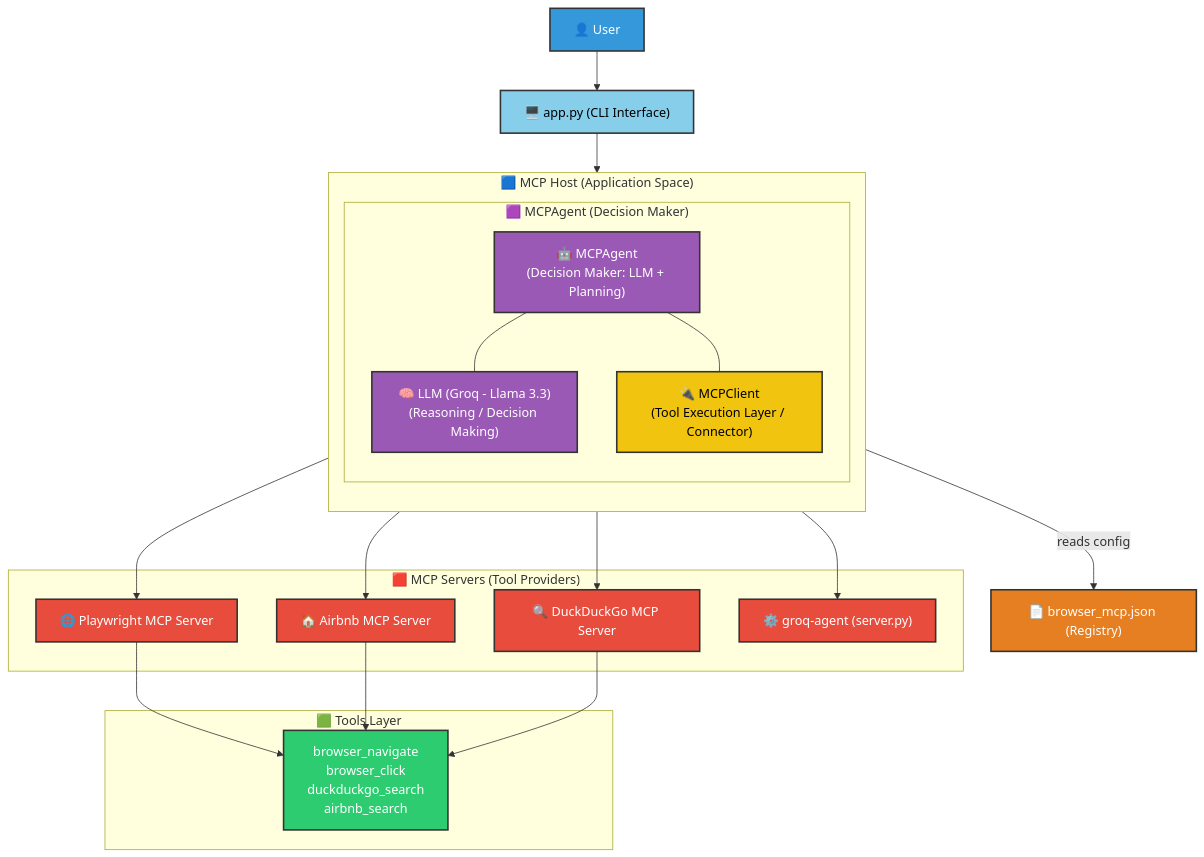
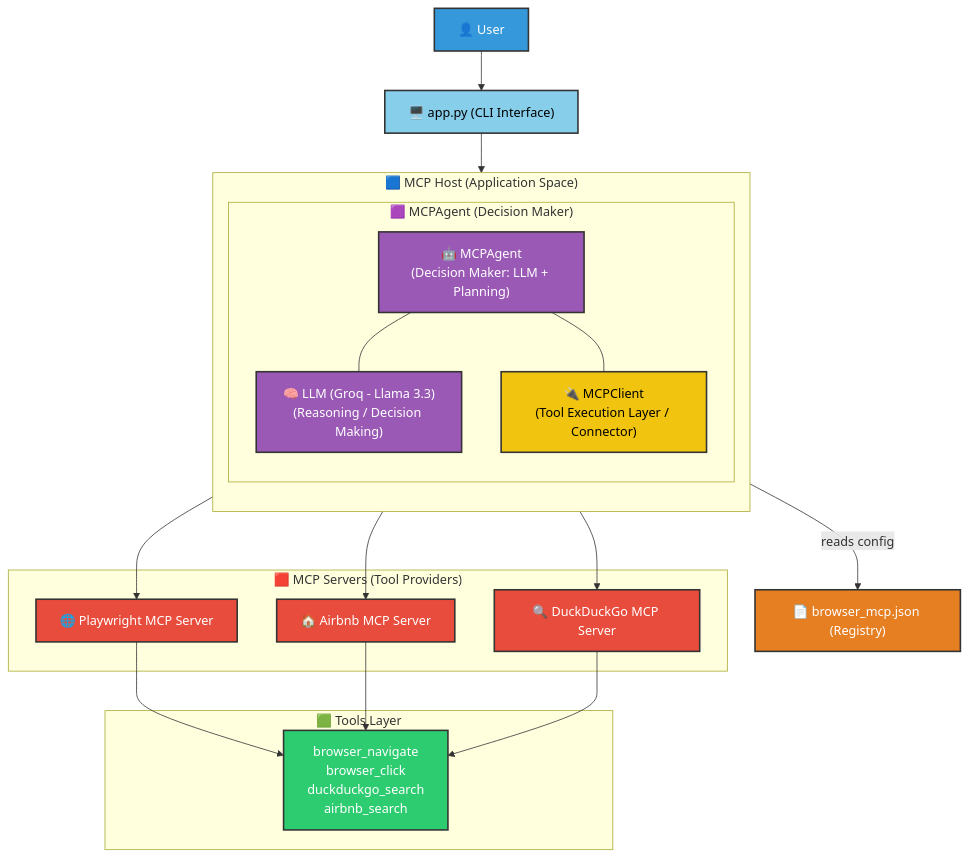
The first of 2 diagrams in README.md (DarshanHegdeP/MCP), drawn with Mermaid before and after one commit.

````diff
--- a/README.md
+++ b/README.md
@@ -15,50 +15,48 @@
 ```mermaid
 graph TD
     %% Color Definitions
     classDef blue fill:#3498db,stroke:#333,stroke-width:2px,color:#fff
     classDef lightblue fill:#87ceeb,stroke:#333,stroke-width:2px,color:#000
     classDef purple fill:#9b59b6,stroke:#333,stroke-width:2px,color:#fff
     classDef yellow fill:#f1c40f,stroke:#333,stroke-width:2px,color:#000
     classDef orange fill:#e67e22,stroke:#333,stroke-width:2px,color:#fff
     classDef red fill:#e74c3c,stroke:#333,stroke-width:2px,color:#fff
     classDef green fill:#2ecc71,stroke:#333,stroke-width:2px,color:#fff
 
     User["👤 User"]:::blue
     App["🖥️ app.py (CLI Interface)"]:::lightblue
     
     subgraph Host ["🟦 MCP Host (Application Space)"]
         direction TB
         subgraph AgentBox ["🟪 MCPAgent (Decision Maker)"]
             Agent["🤖 MCPAgent<br/>(Decision Maker: LLM + Planning)"]:::purple
             LLM["🧠 LLM (Groq - Llama 3.3)<br/>(Reasoning / Decision Making)"]:::purple
             Client["🔌 MCPClient<br/>(Tool Execution Layer / Connector)"]:::yellow
             Agent --- LLM
             Agent --- Client
         end
     end
 
     Config["📄 browser_mcp.json (Registry)"]:::orange
     
     subgraph ServersBox ["🟥 MCP Servers (Tool Providers)"]
         PW["🌐 Playwright MCP Server"]:::red
         AB["🏠 Airbnb MCP Server"]:::red
         DDG["🔍 DuckDuckGo MCP Server"]:::red
-        GA["⚙️ groq-agent (server.py)"]:::red
     end
 
     subgraph ToolsBox ["🟩 Tools Layer"]
         Tools["browser_navigate<br/>browser_click<br/>duckduckgo_search<br/>airbnb_search"]:::green
     end
 
     %% Logical Connections
     User --> App
     App --> Agent
     Client -->|reads config| Config
     Client --> PW
     Client --> AB
     Client --> DDG
-    Client --> GA
     PW --> Tools
     AB --> Tools
     DDG --> Tools
 ```
````
